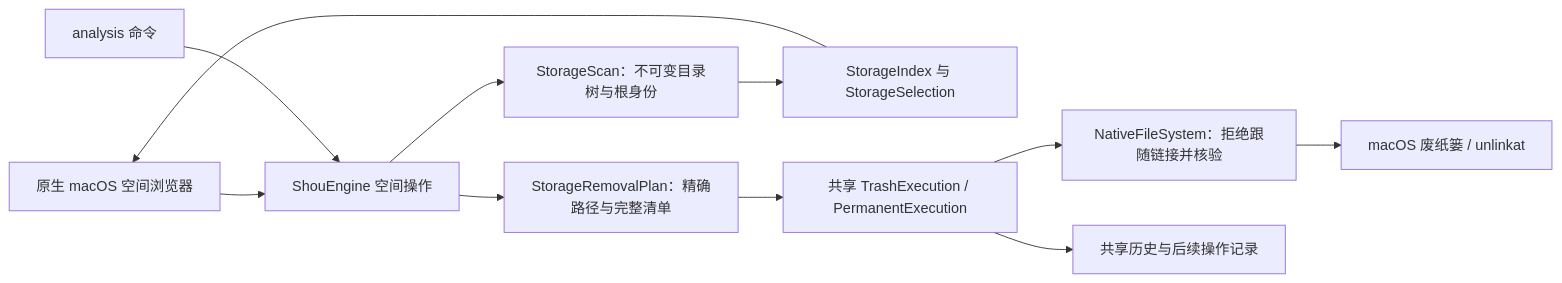
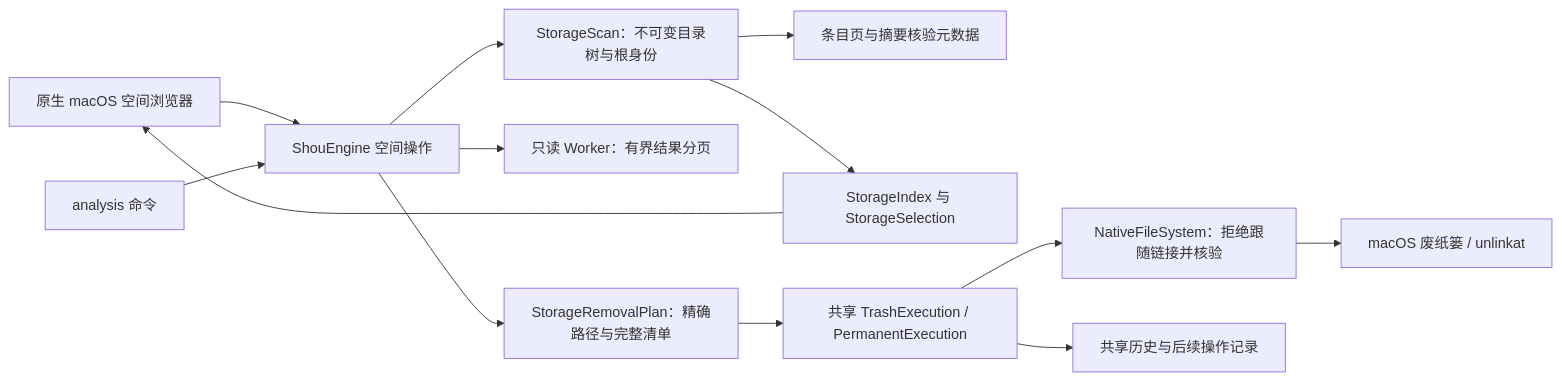
The first of 3 diagrams in docs/zh-CN/product/space-analysis.md (limecloud/shou), drawn with Mermaid before and after one commit. The commit also changed other lines of this file and 17 other files, not shown here.

````diff
--- a/docs/zh-CN/product/space-analysis.md
+++ b/docs/zh-CN/product/space-analysis.md
@@ -16,13 +16,15 @@
 ```mermaid
 flowchart LR
   UI[原生 macOS 空间浏览器] --> Core[ShouEngine 空间操作]
   CLI[analysis 命令] --> Core
   Core --> Scan[StorageScan：不可变目录树与根身份]
+  Core --> Worker[只读 Worker：有界结果分页]
+  Scan --> Pages[条目页与摘要核验元数据]
   Scan --> Index[StorageIndex 与 StorageSelection]
   Index --> UI
   Core --> Plan[StorageRemovalPlan：精确路径与完整清单]
   Plan --> Journal[共享 TrashExecution / PermanentExecution]
   Journal --> Native[NativeFileSystem：拒绝跟随链接并核验]
   Journal --> Records[共享历史与后续操作记录]
   Native --> OS[macOS 废纸篓 / unlinkat]
 ```
````
